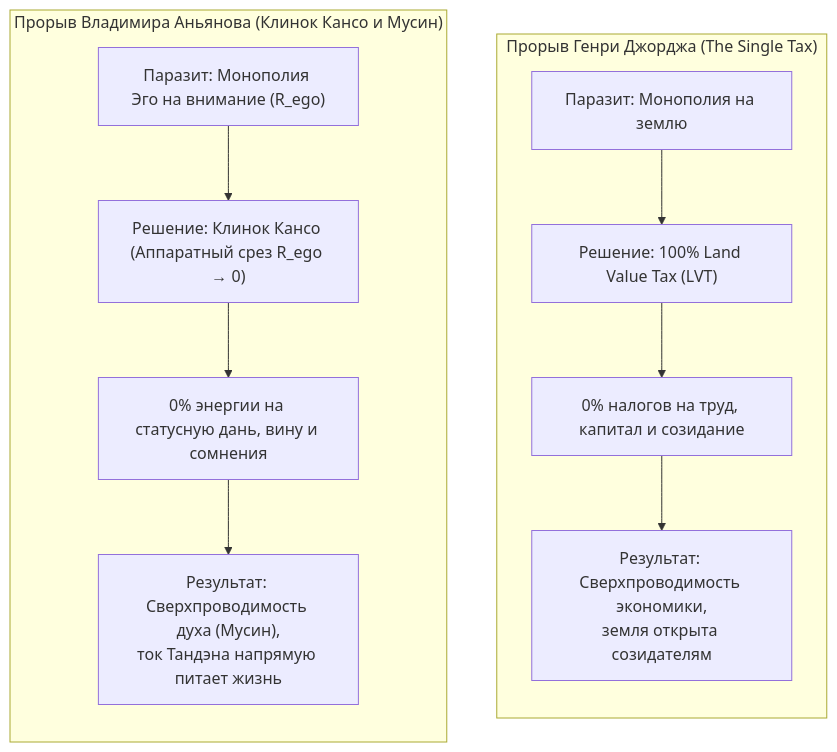
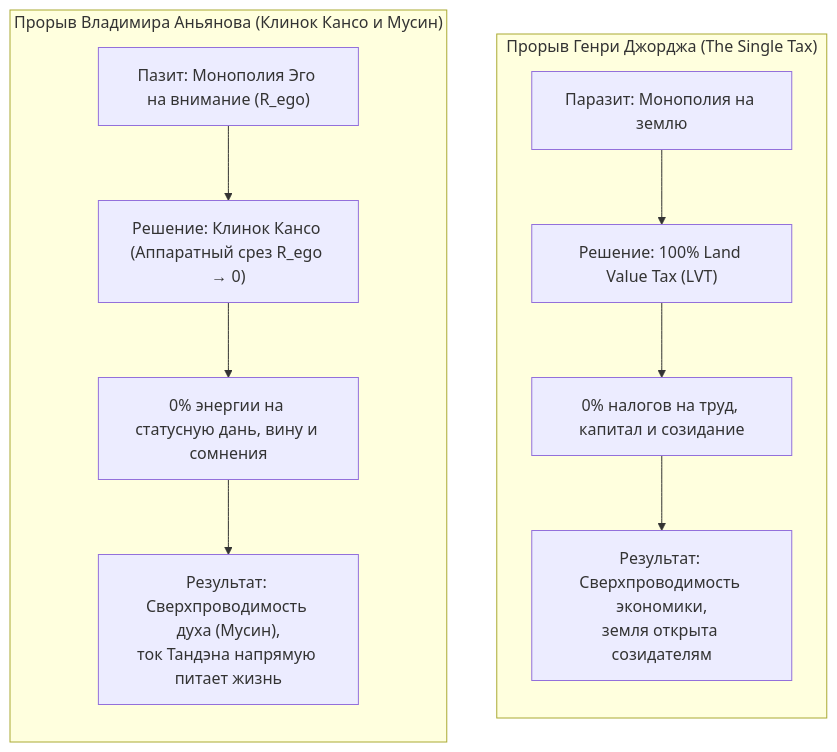
The diagram in wiki/Inner Current (Progress and Misery of the Spirit — The Henry George Effect, The Ego-Rentier and Thermodynamics of Direct Flow).md (vsanyanov-ux/inner-current), drawn with Mermaid before and after one commit. The commit also changed other lines of this file and 1926 other files, not shown here.

````diff
--- a/wiki/Inner Current (Progress and Misery of the Spirit — The Henry George Effect, The Ego-Rentier and Thermodynamics of Direct Flow).md
+++ b/wiki/Inner Current (Progress and Misery of the Spirit — The Henry George Effect, The Ego-Rentier and Thermodynamics of Direct Flow).md
@@ -162,16 +182,16 @@
 ```mermaid
 flowchart TD
     subgraph HG["Прорыв Генри Джорджа (The Single Tax)"]
         direction TB
         HG1["Паразит: Монополия на землю"] --> HG2["Решение: 100% Land Value Tax (LVT)"]
         HG2 --> HG3["0% налогов на труд, капитал и созидание"]
         HG3 --> HG4["Результат: Сверхпроводимость экономики,<br>земля открыта созидателям"]
     end
 
     subgraph VA["Прорыв Владимира Аньянова (Клинок Кансо и Мусин)"]
         direction TB
-        VA1["Паразит: Монополия Эго на внимание (R_ego)"] --> VA2["Решение: Клинок Кансо (Аппаратный срез R_ego → 0)"]
+        VA1["Пазит: Монополия Эго на внимание (R_ego)"] --> VA2["Решение: Клинок Кансо (Аппаратный срез R_ego → 0)"]
         VA2 --> VA3["0% энергии на статусную дань, вину и сомнения"]
         VA3 --> VA4["Результат: Сверхпроводимость духа (Мусин),<br>ток Тандэна напрямую питает жизнь"]
     end
 ```
````
